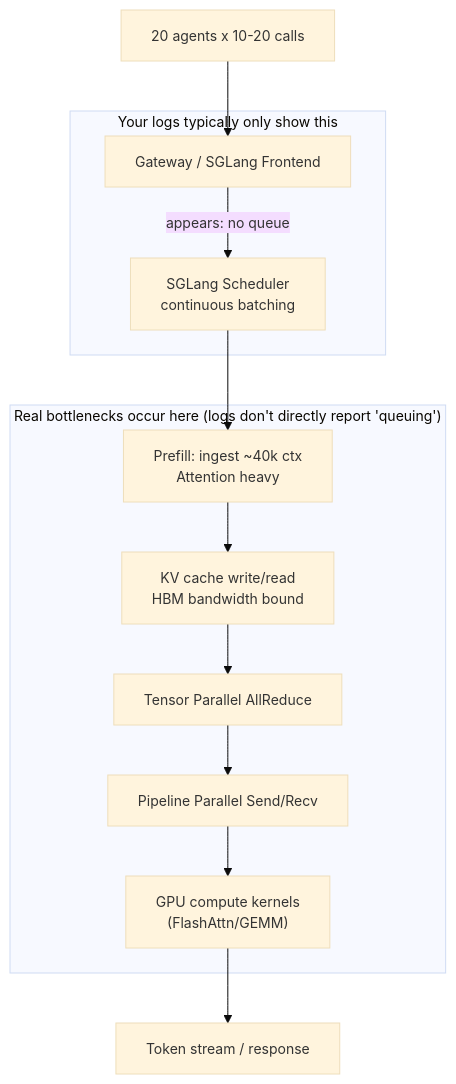
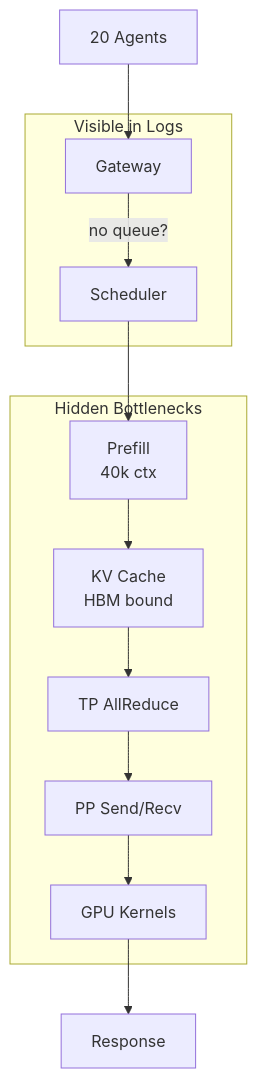
One commit to hz1957/AI-Notes changed the diagram in inference/performance-tuning.md. Above: the diagram before and after it, drawn with Mermaid. The commit also changed 4 other files, not shown here.

First line of the commit message:
docs: improve agent documentation structure and Mermaid diagram layouts

````diff
--- a/inference/performance-tuning.md
+++ b/inference/performance-tuning.md
@@ -19,25 +19,24 @@
 ```mermaid
-%%{init: {'theme':'base', 'themeVariables': { 'fontSize':'14px'}}}%%
 flowchart TD
-  U["20 agents x 10-20 calls"] --> GW["Gateway / SGLang Frontend"]
-  GW -->|appears: no queue| SCHED["SGLang Scheduler<br/>continuous batching"]
-  SCHED --> PREFILL["Prefill: ingest ~40k ctx<br/>Attention heavy"]
-  PREFILL --> KV["KV cache write/read<br/>HBM bandwidth bound"]
-  KV --> TP["Tensor Parallel AllReduce"]
-  TP --> PP["Pipeline Parallel Send/Recv"]
-  PP --> GPU["GPU compute kernels<br/>(FlashAttn/GEMM)"]
-  GPU --> OUT["Token stream / response"]
+  U["20 Agents"] --> GW["Gateway"]
+  GW -->|"no queue?"| SCHED["Scheduler"]
+  SCHED --> PREFILL["Prefill<br/>40k ctx"]
+  PREFILL --> KV["KV Cache<br/>HBM bound"]
+  KV --> TP["TP AllReduce"]
+  TP --> PP["PP Send/Recv"]
+  PP --> GPU["GPU Kernels"]
+  GPU --> OUT["Response"]
 
-  subgraph LogView ["Your logs typically only show this"]
+  subgraph LogView ["Visible in Logs"]
     GW
     SCHED
   end
 
-  subgraph RealBottleneck ["Real bottlenecks occur here (logs don't directly report 'queuing')"]
+  subgraph RealBottleneck ["Hidden Bottlenecks"]
     PREFILL
     KV
     TP
     PP
     GPU
   end
 ```
````
